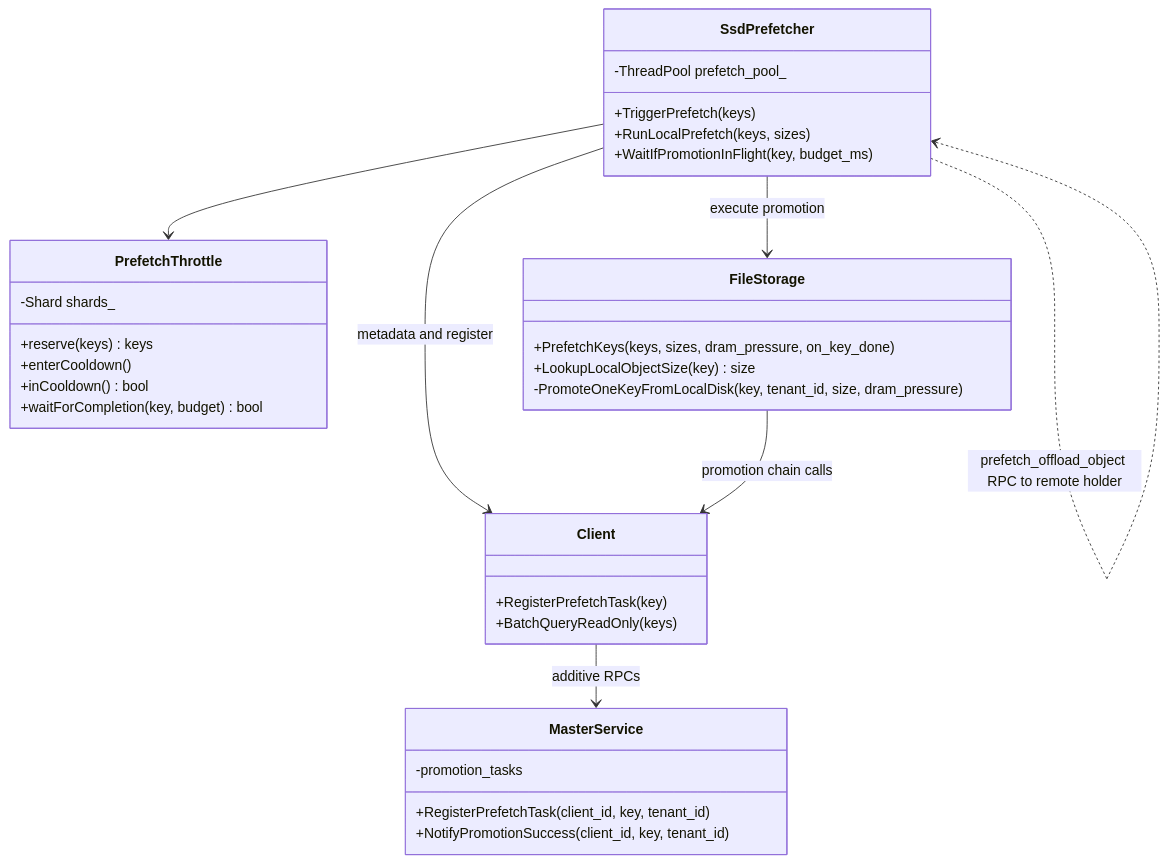
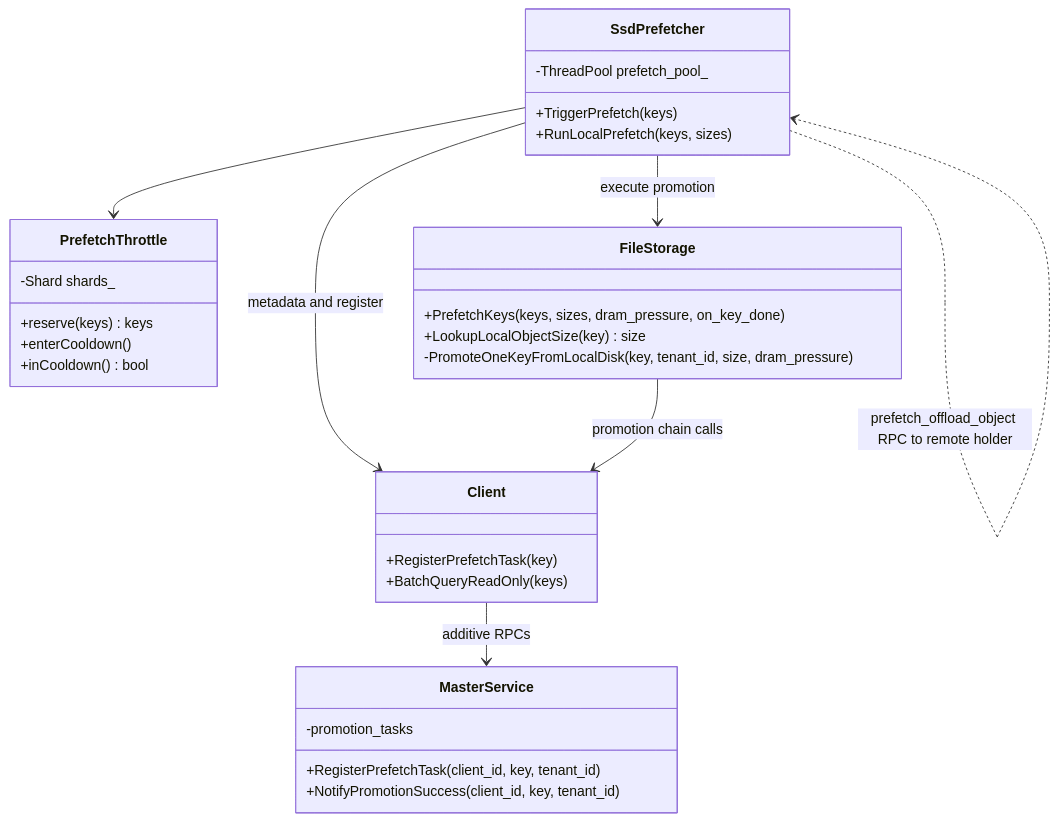
One commit to kvcache-ai/Mooncake changed the first of 5 diagrams in docs/source/design/store/ssd-prefetch.md. Above: the diagram before and after it, drawn with Mermaid. The commit also changed other lines of this file and 10 other files, not shown here.

````diff
--- a/docs/source/design/store/ssd-prefetch.md
+++ b/docs/source/design/store/ssd-prefetch.md
@@ -143,36 +116,34 @@
 ```mermaid
 classDiagram
     class SsdPrefetcher {
         +TriggerPrefetch(keys)
         +RunLocalPrefetch(keys, sizes)
-        +WaitIfPromotionInFlight(key, budget_ms)
         -ThreadPool prefetch_pool_
     }
     class PrefetchThrottle {
         +reserve(keys) keys
         +enterCooldown()
         +inCooldown() bool
-        +waitForCompletion(key, budget) bool
         -Shard shards_
     }
     class FileStorage {
         +PrefetchKeys(keys, sizes, dram_pressure, on_key_done)
         +LookupLocalObjectSize(key) size
         -PromoteOneKeyFromLocalDisk(key, tenant_id, size, dram_pressure)
     }
     class MasterService {
         +RegisterPrefetchTask(client_id, key, tenant_id)
         +NotifyPromotionSuccess(client_id, key, tenant_id)
         -promotion_tasks
     }
     class Client {
         +RegisterPrefetchTask(key)
         +BatchQueryReadOnly(keys)
     }
     SsdPrefetcher --> PrefetchThrottle
     SsdPrefetcher --> Client : metadata and register
     SsdPrefetcher --> FileStorage : execute promotion
     SsdPrefetcher ..> SsdPrefetcher : prefetch_offload_object RPC to remote holder
     Client --> MasterService : additive RPCs
     FileStorage --> Client : promotion chain calls
 ```
````
